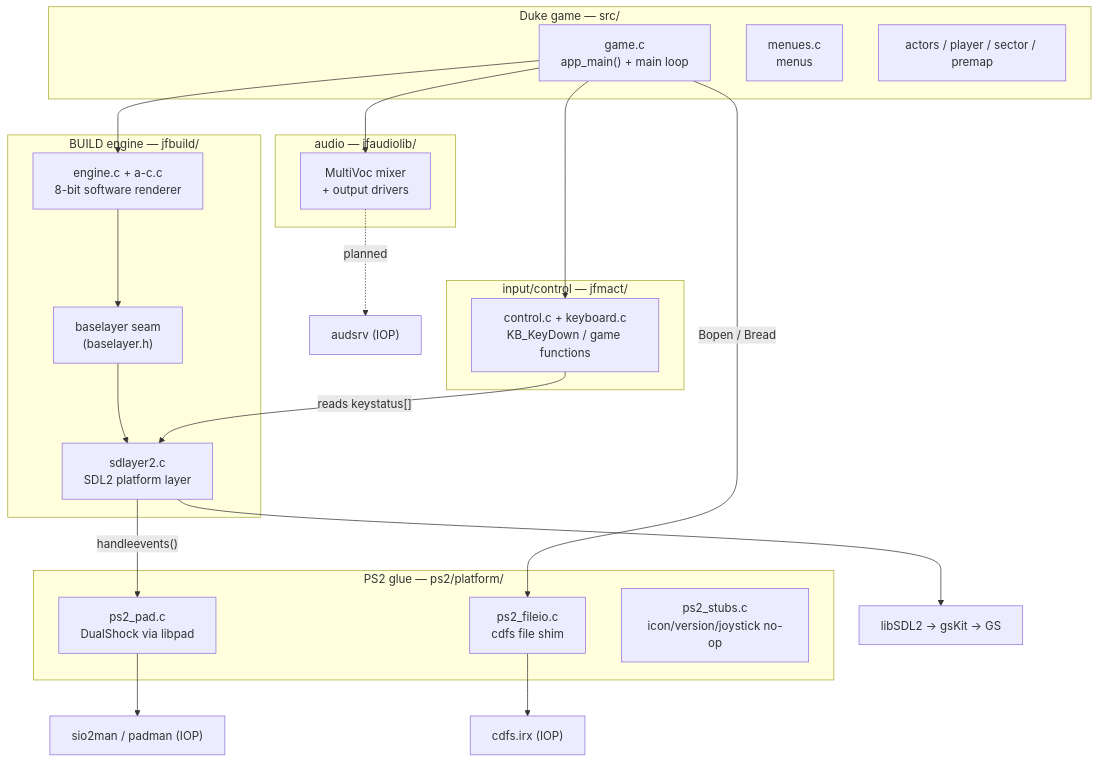
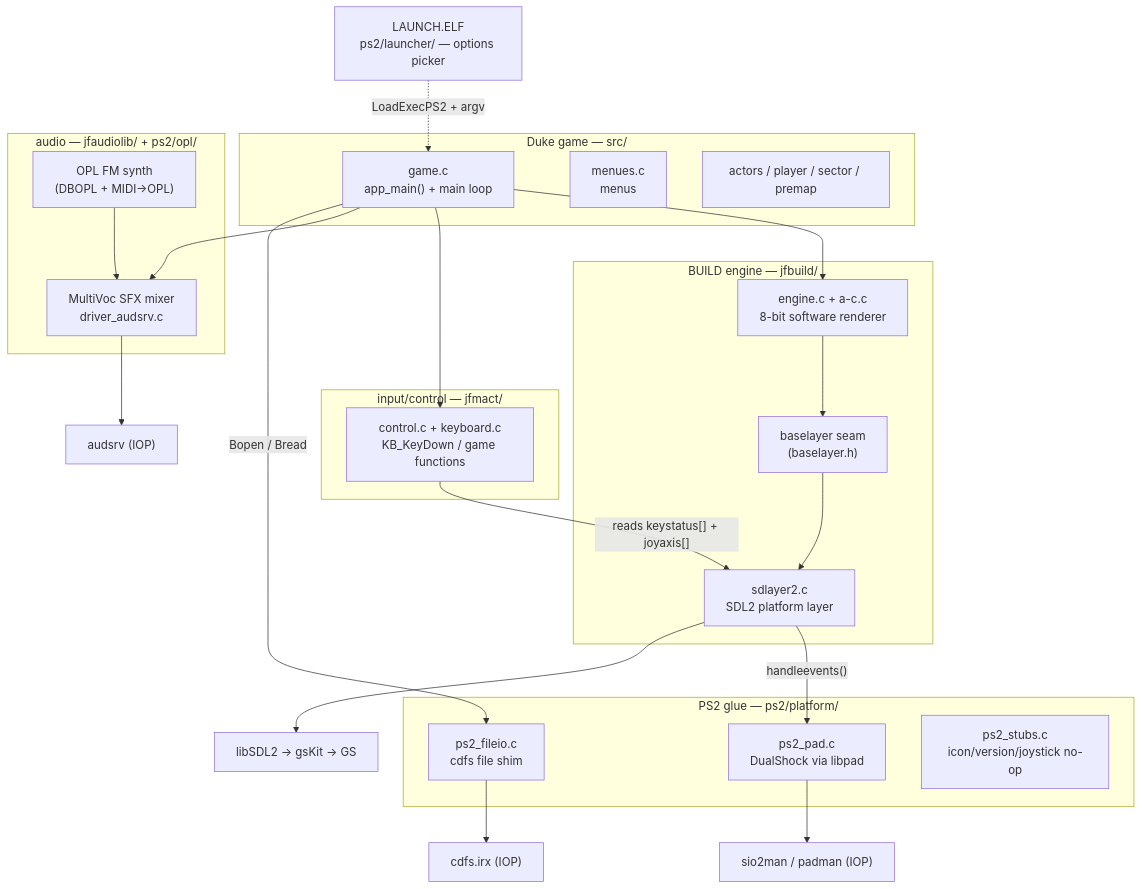
One commit to Arawn-Davies/ps2uke changed the first of 9 diagrams in docs/ARCHITECTURE.md. Above: the diagram before and after it, drawn with Mermaid. The commit also changed other lines of this file and 3 other files, not shown here.

First line of the commit message:
docs: update for OPL music, boot launcher/picker, analog sticks, video modes

````diff
--- a/docs/ARCHITECTURE.md
+++ b/docs/ARCHITECTURE.md
@@ -31,36 +32,39 @@
 ```mermaid
 graph TD
     subgraph game["Duke game — src/"]
         GM["game.c<br/>app_main() + main loop"]
         MENU["menues.c<br/>menus"]
         LOGIC["actors / player / sector / premap"]
     end
     subgraph engine["BUILD engine — jfbuild/"]
         ENG["engine.c + a-c.c<br/>8-bit software renderer"]
         BL["baselayer seam<br/>(baselayer.h)"]
         SDL["sdlayer2.c<br/>SDL2 platform layer"]
     end
     subgraph mact["input/control — jfmact/"]
         CTRL["control.c + keyboard.c<br/>KB_KeyDown / game functions"]
     end
-    subgraph audio["audio — jfaudiolib/"]
-        MV["MultiVoc mixer<br/>+ output drivers"]
+    subgraph audio["audio — jfaudiolib/ + ps2/opl/"]
+        MV["MultiVoc SFX mixer<br/>driver_audsrv.c"]
+        OPL["OPL FM synth<br/>(DBOPL + MIDI→OPL)"]
     end
     subgraph ps2["PS2 glue — ps2/platform/"]
         FIO["ps2_fileio.c<br/>cdfs file shim"]
         PAD["ps2_pad.c<br/>DualShock via libpad"]
         STUB["ps2_stubs.c<br/>icon/version/joystick no-op"]
     end
 
+    LAUNCH["LAUNCH.ELF<br/>ps2/launcher/ — options picker"] -.->|"LoadExecPS2 + argv"| GM
     GM --> ENG
     GM --> CTRL
     GM --> MV
+    OPL --> MV
     GM -->|"Bopen / Bread"| FIO
     ENG --> BL --> SDL
     SDL -->|"handleevents()"| PAD
-    CTRL -->|"reads keystatus[]"| SDL
+    CTRL -->|"reads keystatus[] + joyaxis[]"| SDL
     SDL --> LIB["libSDL2 → gsKit → GS"]
     FIO --> CDFS["cdfs.irx (IOP)"]
     PAD --> PADMAN["sio2man / padman (IOP)"]
-    MV -. planned .-> AUDSRV["audsrv (IOP)"]
+    MV --> AUDSRV["audsrv (IOP)"]
 ```
````
